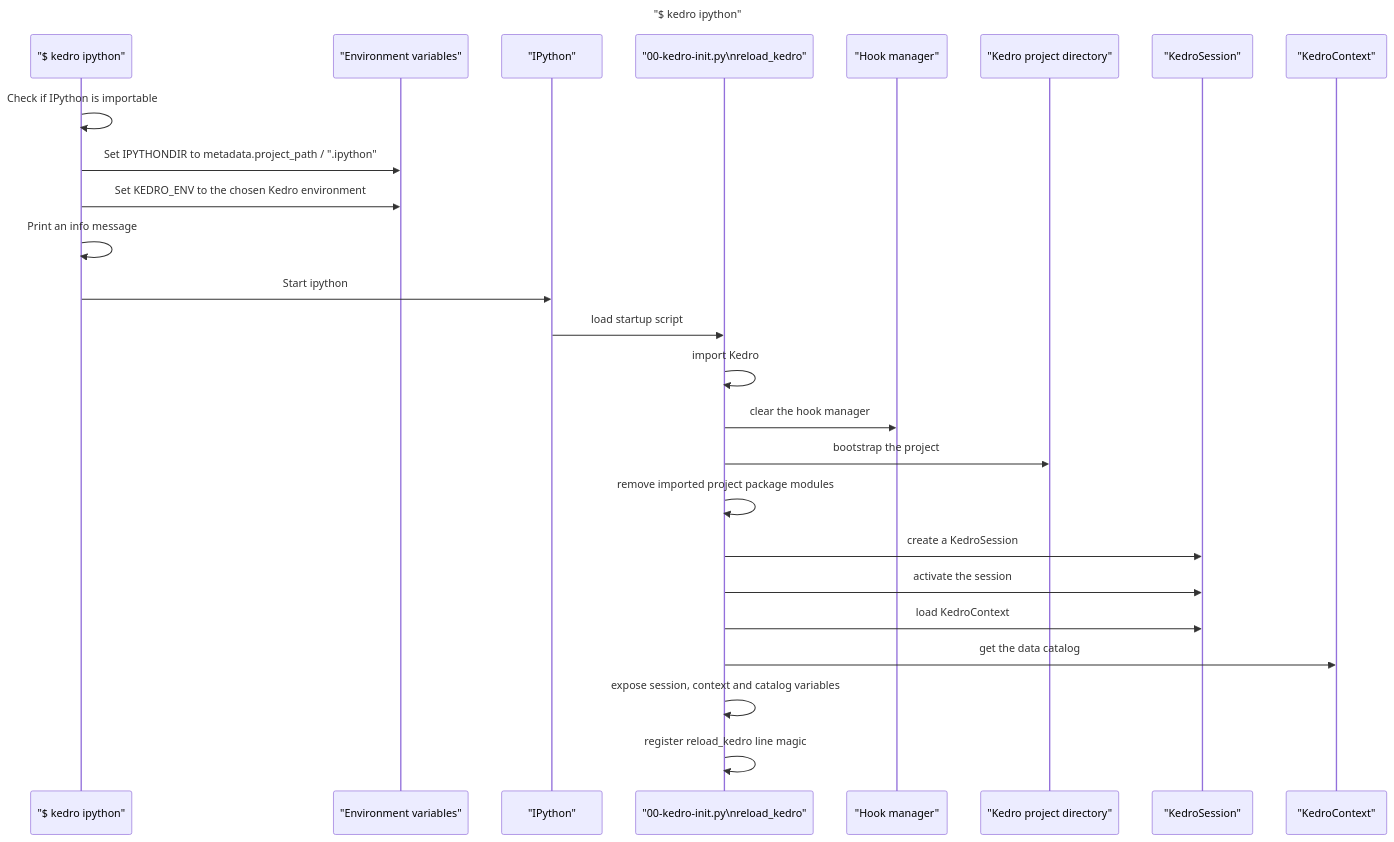
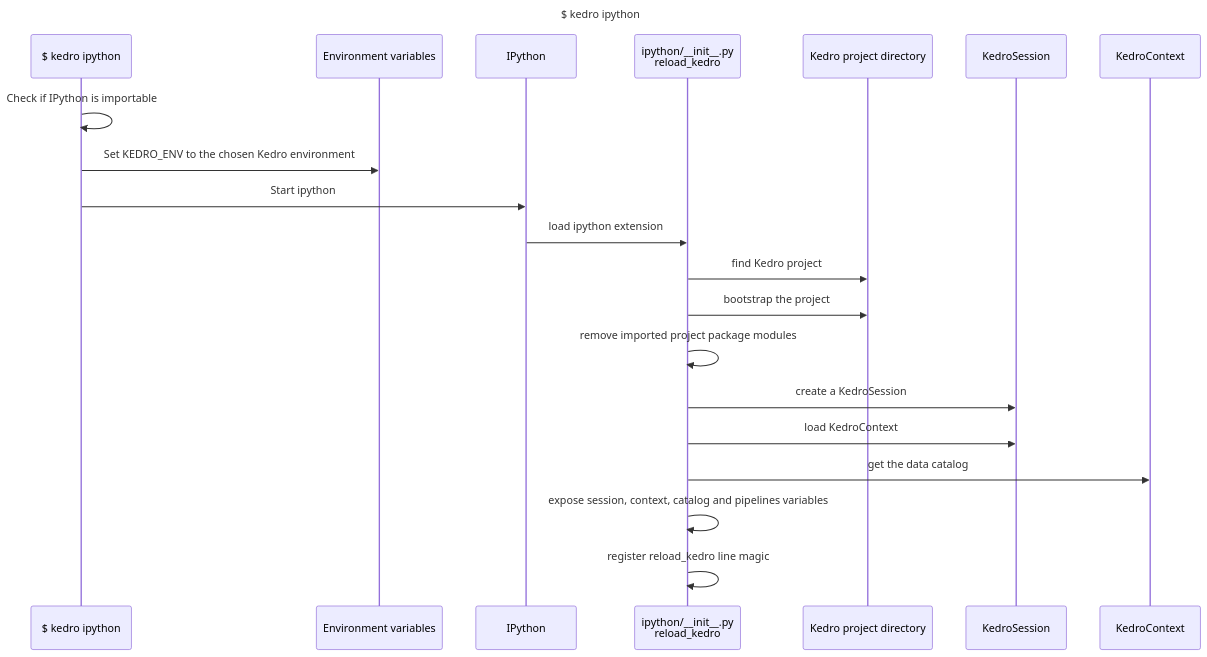
Before and after one commit to kedro-org/kedro: the diagram in docs/diagrams/kedro-ipython.md, drawn with Mermaid. The commit also changed 6 other files, not shown here.

First line of the commit message:
Update mermaid entrypoint diagrams with current state (#4339)

````diff
--- a/docs/diagrams/kedro-ipython.md
+++ b/docs/diagrams/kedro-ipython.md
@@ -1,30 +1,25 @@
 ```mermaid
 sequenceDiagram
-    title "$ kedro ipython"
+    title $ kedro ipython
 
-    participant cli as "$ kedro ipython"
-    participant env as "Environment variables"
-    participant ipython as "IPython"
-    participant entrypoint as "00-kedro-init.py\nreload_kedro"
-    participant hook_manager as "Hook manager"
-    participant project as "Kedro project directory"
-    participant session as "KedroSession"
-    participant context as "KedroContext"
+    participant cli as $ kedro ipython
+    participant env as Environment variables
+    participant ipython as IPython
+    participant entrypoint as ipython/__init__.py <br> reload_kedro
+    participant project as Kedro project directory
+    participant session as KedroSession
+    participant context as KedroContext
 
     cli->>cli: Check if IPython is importable
-    cli->>env: Set IPYTHONDIR to metadata.project_path / ".ipython"
     cli->>env: Set KEDRO_ENV to the chosen Kedro environment
-    cli->>cli: Print an info message
     cli->>ipython: Start ipython
-    ipython->>entrypoint: load startup script
-    entrypoint->>entrypoint: import Kedro
-    entrypoint->>hook_manager: clear the hook manager
+    ipython->>entrypoint: load ipython extension
+    entrypoint->>project: find Kedro project
     entrypoint->>project: bootstrap the project
     entrypoint->>entrypoint: remove imported project package modules
     entrypoint->>session: create a KedroSession
-    entrypoint->>session: activate the session
     entrypoint->>session: load KedroContext
     entrypoint->>context: get the data catalog
-    entrypoint->>entrypoint: expose session, context and catalog variables
+    entrypoint->>entrypoint: expose session, context, catalog and pipelines variables
     entrypoint->>entrypoint: register reload_kedro line magic
 ```
````
